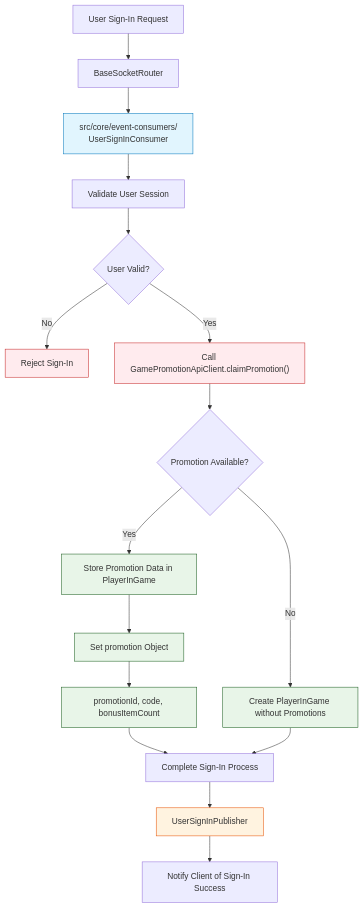
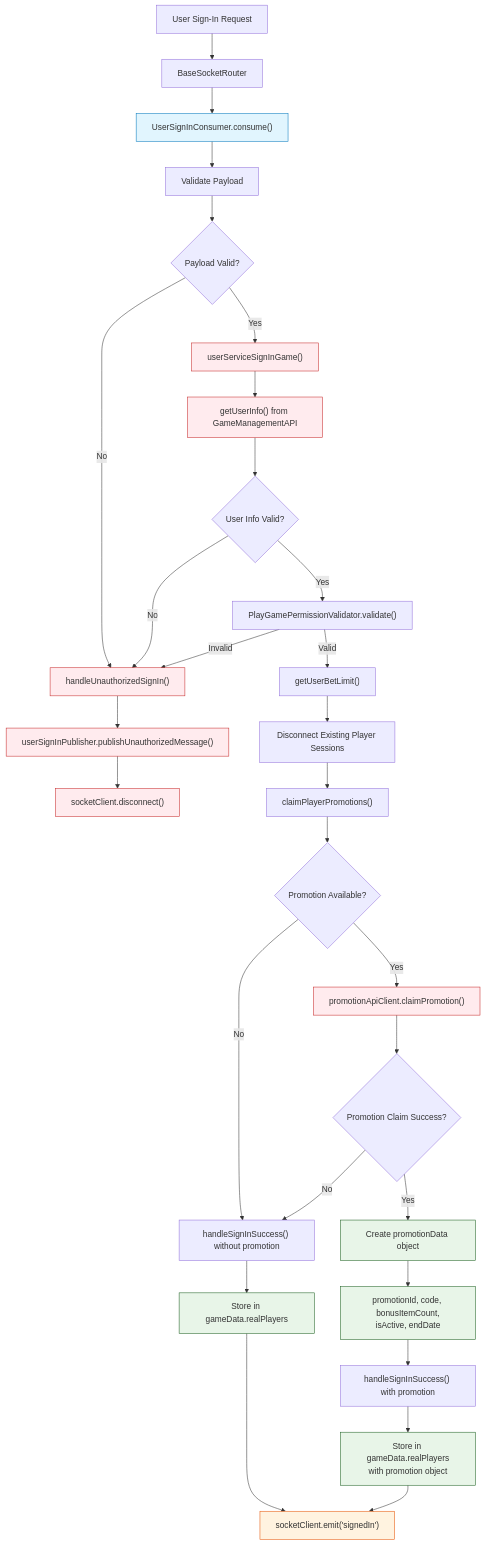
Before and after one commit to starixvn/l1_sc-packages_sc-game-base: the second of 7 diagrams in diagrams/place-bet-flow-diagram.md, drawn with Mermaid. The commit also changed other lines of this file and 2 other files, not shown here.

````diff
--- a/diagrams/place-bet-flow-diagram.md
+++ b/diagrams/place-bet-flow-diagram.md
@@ -64,35 +71,51 @@
 ```mermaid
 flowchart TD
     SignInRequest["User Sign-In Request"] --> Router["BaseSocketRouter"]
-    Router --> UserSignInConsumer["src/core/event-consumers/<br/>UserSignInConsumer"]
+    Router --> UserSignInConsumer["UserSignInConsumer.consume()"]
 
-    UserSignInConsumer --> ValidateUser["Validate User Session"]
-    ValidateUser --> UserValid{"User Valid?"}
+    UserSignInConsumer --> ValidatePayload["Validate Payload"]
+    ValidatePayload --> PayloadValid{"Payload Valid?"}
+    PayloadValid -->|"No"| HandleUnauthorized["handleUnauthorizedSignIn()"]
 
-    UserValid -->|"No"| RejectSignIn["Reject Sign-In"]
-    UserValid -->|"Yes"| CallOfficialAPI["Call GamePromotionApiClient.claimPromotion()"]
+    PayloadValid -->|"Yes"| UserServiceCall["userServiceSignInGame()"]
+    UserServiceCall --> GetUserInfo["getUserInfo() from GameManagementAPI"]
+    GetUserInfo --> UserInfoValid{"User Info Valid?"}
+    UserInfoValid -->|"No"| HandleUnauthorized
 
-    CallOfficialAPI --> PromotionResult{"Promotion Available?"}
-    PromotionResult -->|"No"| CreatePlayerData["Create PlayerInGame without Promotions"]
-    PromotionResult -->|"Yes"| StorePromotionData["Store Promotion Data in PlayerInGame"]
+    UserInfoValid -->|"Yes"| ValidatePermissions["PlayGamePermissionValidator.validate()"]
+    ValidatePermissions -->|"Invalid"| HandleUnauthorized
+    ValidatePermissions -->|"Valid"| GetBetLimit["getUserBetLimit()"]
 
-    StorePromotionData --> SetPromotion["Set promotion Object"]
-    SetPromotion --> SetPromotionFields["promotionId, code, bonusItemCount"]
-    SetPromotionFields --> CompleteSignIn["Complete Sign-In Process"]
+    GetBetLimit --> DisconnectExisting["Disconnect Existing Player Sessions"]
+    DisconnectExisting --> ClaimPromotions["claimPlayerPromotions()"]
 
-    CreatePlayerData --> CompleteSignIn
-    CompleteSignIn --> Publisher["UserSignInPublisher"]
-    Publisher --> NotifyClient["Notify Client of Sign-In Success"]
+    ClaimPromotions --> PromotionAvailable{"Promotion Available?"}
+    PromotionAvailable -->|"No"| HandleSuccess["handleSignInSuccess() without promotion"]
+    PromotionAvailable -->|"Yes"| CallPromotionAPI["promotionApiClient.claimPromotion()"]
+
+    CallPromotionAPI --> PromotionSuccess{"Promotion Claim Success?"}
+    PromotionSuccess -->|"No"| HandleSuccess
+    PromotionSuccess -->|"Yes"| CreatePromotionData["Create promotionData object"]
+    CreatePromotionData --> SetPromotionFields["promotionId, code, bonusItemCount,<br/>isActive, endDate"]
+    SetPromotionFields --> HandleSuccessWithPromotion["handleSignInSuccess() with promotion"]
+
+    HandleSuccess --> StorePlayerData["Store in gameData.realPlayers"]
+    HandleSuccessWithPromotion --> StorePlayerDataWithPromotion["Store in gameData.realPlayers<br/>with promotion object"]
+    StorePlayerData --> EmitSignIn["socketClient.emit('signedIn')"]
+    StorePlayerDataWithPromotion --> EmitSignIn
+
+    HandleUnauthorized --> PublishUnauthorized["userSignInPublisher.publishUnauthorizedMessage()"]
+    PublishUnauthorized --> DisconnectClient["socketClient.disconnect()"]
 
     classDef consumerStyle fill:#e1f5fe,stroke:#0277bd
     classDef apiStyle fill:#ffebee,stroke:#c62828
     classDef dataStyle fill:#e8f5e8,stroke:#1b5e20
     classDef publisherStyle fill:#fff3e0,stroke:#e65100
     classDef errorStyle fill:#ffebee,stroke:#c62828
 
     class UserSignInConsumer consumerStyle
-    class CallOfficialAPI apiStyle
-    class StorePromotionData,SetPromotion,SetPromotionFields,CreatePlayerData dataStyle
-    class Publisher publisherStyle
-    class RejectSignIn errorStyle
+    class UserServiceCall,GetUserInfo,CallPromotionAPI apiStyle
+    class CreatePromotionData,SetPromotionFields,StorePlayerData,StorePlayerDataWithPromotion dataStyle
+    class EmitSignIn publisherStyle
+    class HandleUnauthorized,PublishUnauthorized,DisconnectClient errorStyle
 ```
````
